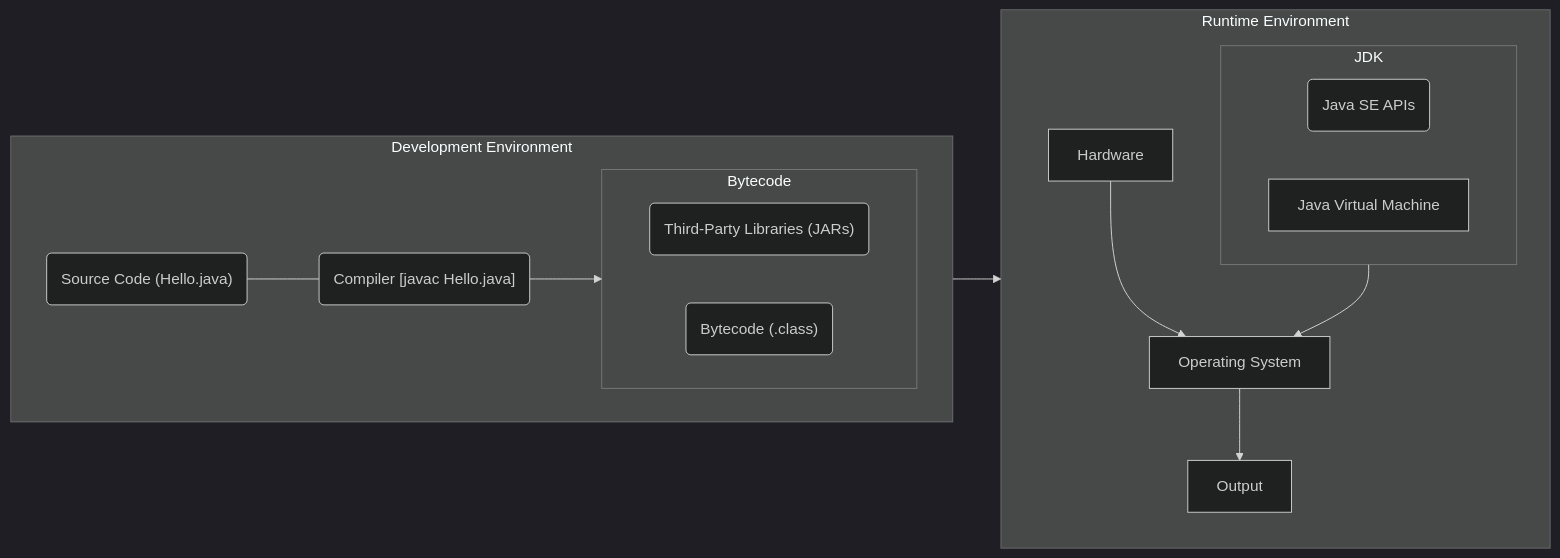
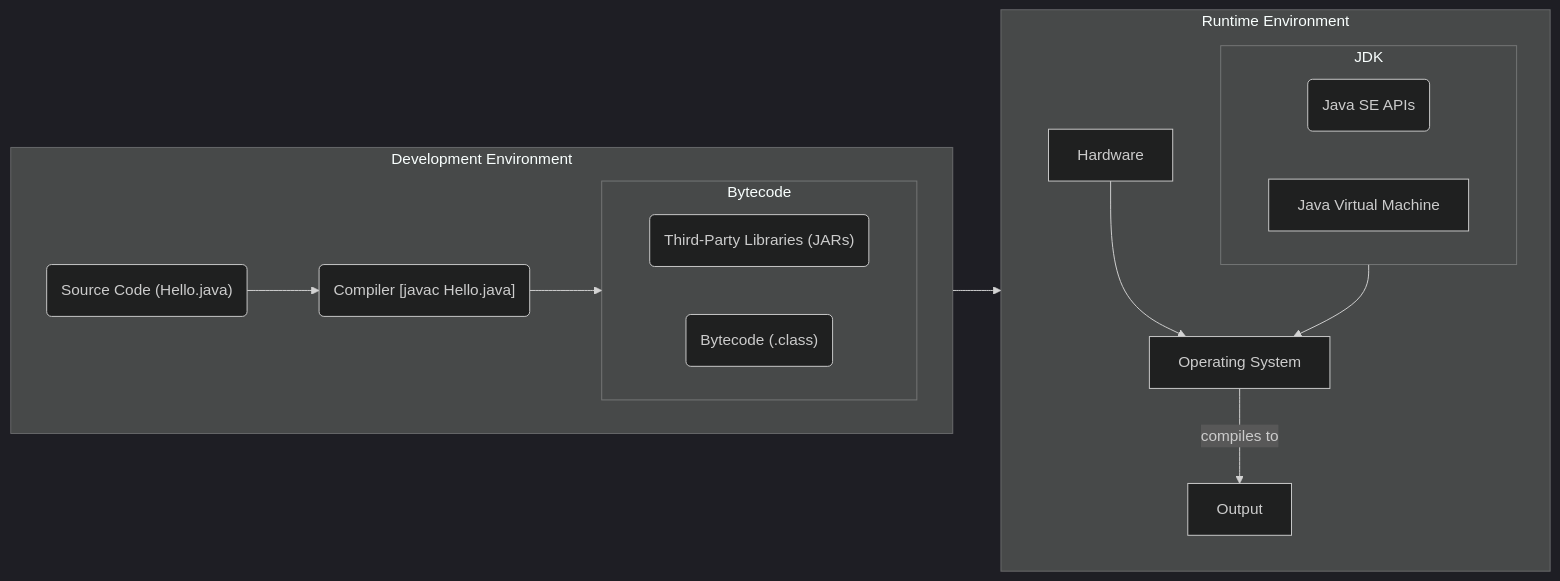
Before and after one commit to Moustafa-E/Learning-Java: the diagram in JavaSE-The-Big-Picture/1-Introducing-the-Java-Platform.md, drawn with Mermaid (dark theme). The commit also changed 1 other file, not shown here.

Commit message:
JEE and Block mmd

````diff
--- a/JavaSE-The-Big-Picture/1-Introducing-the-Java-Platform.md
+++ b/JavaSE-The-Big-Picture/1-Introducing-the-Java-Platform.md
@@ -19,46 +19,44 @@
 ```mermaid
 flowchart LR
     TPL("Third-Party Libraries (JARs)")
     SC("Source Code (Hello.java)")
     C("Compiler [javac Hello.java]")
     B("Bytecode (.class)")
     JSE("Java SE APIs")
     JVM["Java Virtual Machine"]
     OS["Operating System"]
     HW["Hardware"]
     Out["Output"]
 
     subgraph S1["Runtime Environment"]
         direction TB
         HW
         OS
         subgraph S11["JDK"]
         direction LR
             JVM
             JSE
         end
 
         S11 --> OS
-        HW --> OS --> Out
+        HW --> OS -->|compiles to| Out
     end
 
     subgraph S2["Development Environment"]
         direction LR
         SC
         C
         TPL
         
         subgraph S21["Bytecode"]
         direction LR
             B
             TPL
         end
 
-        SC --- C
+        SC --> C
         C --> S21
     end
 
-%% Dev to Runtime
     S21 --> S11
-
 ```
````
